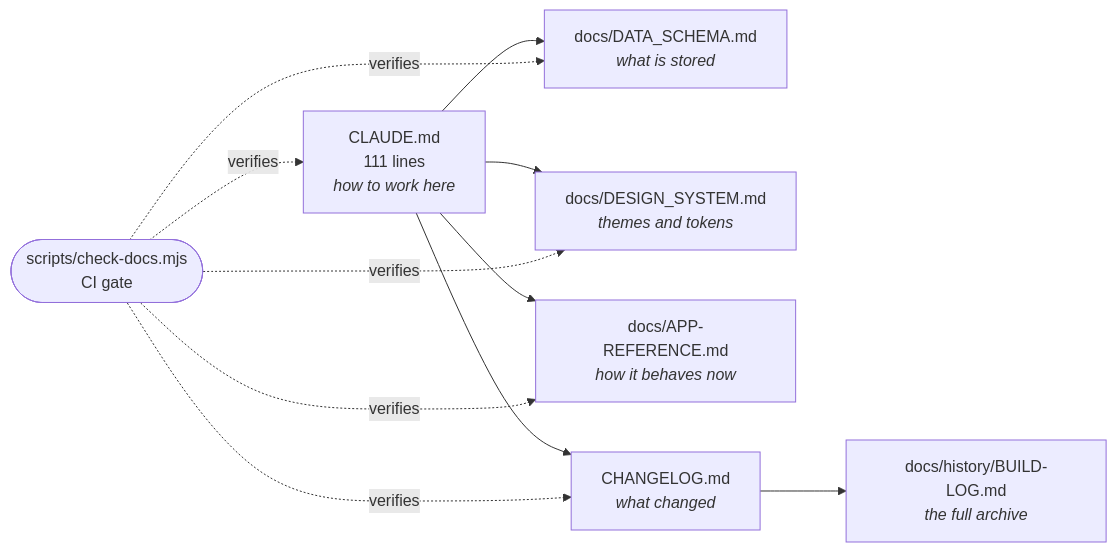
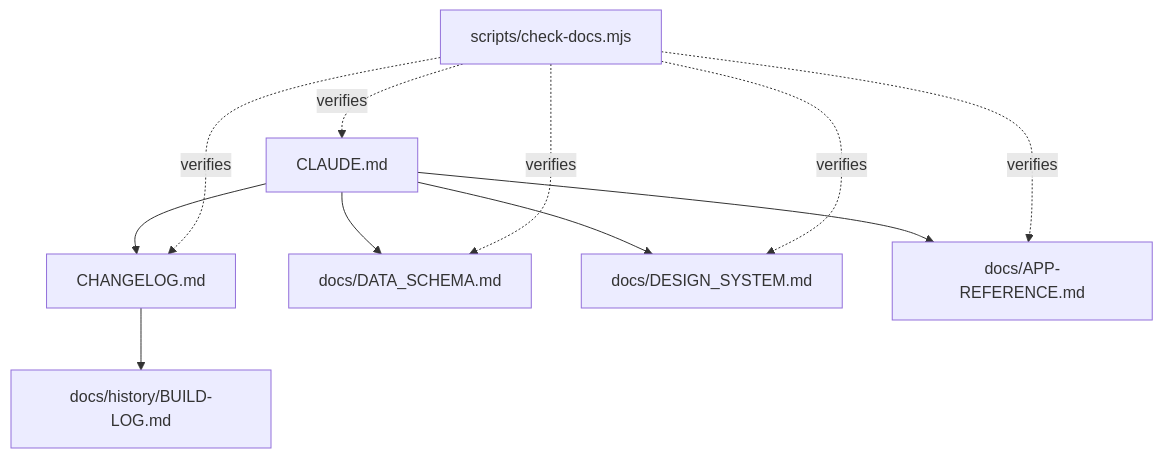
One commit to InesPatricia/Mi-Dia-App changed the diagram in README.md. Above: the diagram before and after it, drawn with Mermaid. The commit also changed other lines of this file and 2 other files, not shown here.

Commit message:
fix(readme): repair the architecture diagram, and gate what broke it
The diagram on the repository's landing page rendered as
"docs/DATA_SCHEMA.mdwhat is stored" and "CLAUDE.md111 lineshow to work
here". GitHub renders mermaid with HTML labels disabled and strips the tags
instead of failing, so the <br/> and <i> I had written vanished and the
words fused. It still drew, which is why it looked fine until read.

Labels are plain names now, laid out top to bottom so the deepest node does
not land under GitHub's floating zoom controls. The table below the diagram
already said what each file holds, so that duplication is gone.

Rule 7 fails the build on HTML inside a mermaid label, and its negative
case is this exact diagram rather than a synthetic one.

On method, since guessing was the actual mistake: the npm mermaid package
renders the broken diagram happily on both 10.x and 11.x, so it does not
reproduce GitHub and proved nothing. Loading the real page in a browser and
looking at the result is what settled it — three times, once per attempt.

check-docs 7/7, its own tests 14/14.

````diff
--- a/README.md
+++ b/README.md
@@ -223,13 +223,14 @@
 ```mermaid
-graph LR
-    A["CLAUDE.md<br/>111 lines<br/><i>how to work here</i>"] --> B["docs/DATA_SCHEMA.md<br/><i>what is stored</i>"]
-    A --> C["docs/DESIGN_SYSTEM.md<br/><i>themes and tokens</i>"]
-    A --> D["docs/APP-REFERENCE.md<br/><i>how it behaves now</i>"]
-    A --> E["CHANGELOG.md<br/><i>what changed</i>"]
-    E --> F["docs/history/BUILD-LOG.md<br/><i>the full archive</i>"]
-    G(["scripts/check-docs.mjs<br/>CI gate"]) -.->|verifies| A
-    G -.->|verifies| B
-    G -.->|verifies| C
-    G -.->|verifies| D
-    G -.->|verifies| E
+flowchart TB
+    ROUTER["CLAUDE.md"]
+    ROUTER --> LOG["CHANGELOG.md"]
+    LOG --> ARCHIVE["docs/history/BUILD-LOG.md"]
+    ROUTER --> SCHEMA["docs/DATA_SCHEMA.md"]
+    ROUTER --> DESIGN["docs/DESIGN_SYSTEM.md"]
+    ROUTER --> REF["docs/APP-REFERENCE.md"]
+    GATE["scripts/check-docs.mjs"] -. verifies .-> ROUTER
+    GATE -. verifies .-> SCHEMA
+    GATE -. verifies .-> DESIGN
+    GATE -. verifies .-> REF
+    GATE -. verifies .-> LOG
 ```
````
